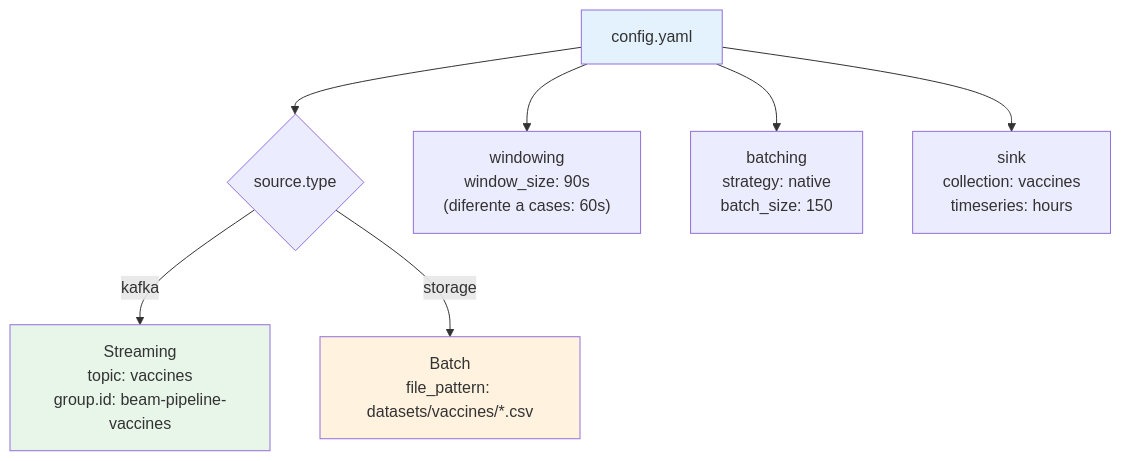
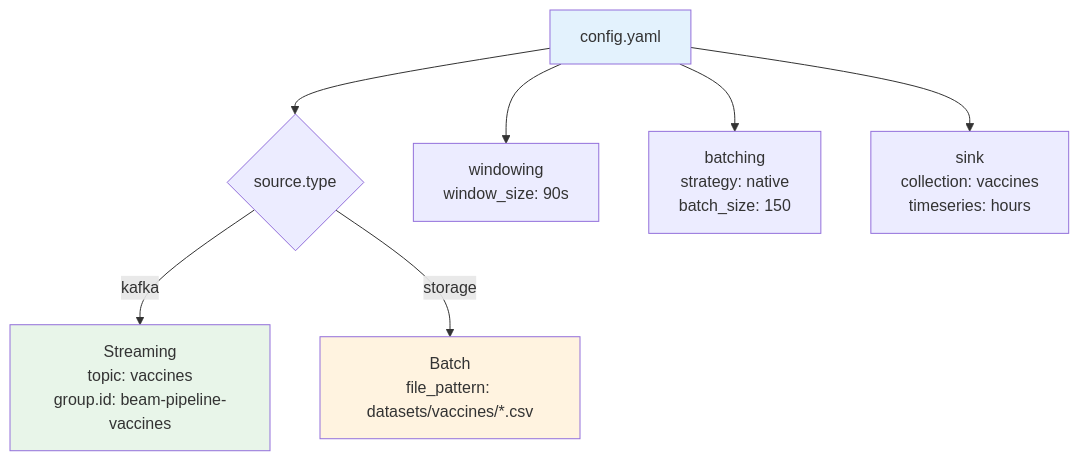
One commit to arthur8davis/tfm-dataflow-architecture changed the second of 4 diagrams in GUIA_NUEVO_SCHEMA.md. Above: the diagram before and after it, drawn with Mermaid. The commit also changed other lines of this file and 9 other files, not shown here.

````diff
--- a/GUIA_NUEVO_SCHEMA.md
+++ b/GUIA_NUEVO_SCHEMA.md
@@ -253,14 +214,14 @@
 ```mermaid
 flowchart TB
     Config["config.yaml"] --> Source{"source.type"}
     Source --> |"kafka"| Streaming["Streaming\ntopic: vaccines\ngroup.id: beam-pipeline-vaccines"]
     Source --> |"storage"| Batch["Batch\nfile_pattern: datasets/vaccines/*.csv"]
 
-    Config --> Windowing["windowing\nwindow_size: 90s\n(diferente a cases: 60s)"]
+    Config --> Windowing["windowing\nwindow_size: 90s"]
     Config --> BatchingConf["batching\nstrategy: native\nbatch_size: 150"]
     Config --> Sink["sink\ncollection: vaccines\ntimeseries: hours"]
 
     style Config fill:#e3f2fd
     style Streaming fill:#e8f5e9
     style Batch fill:#fff3e0
 ```
````
